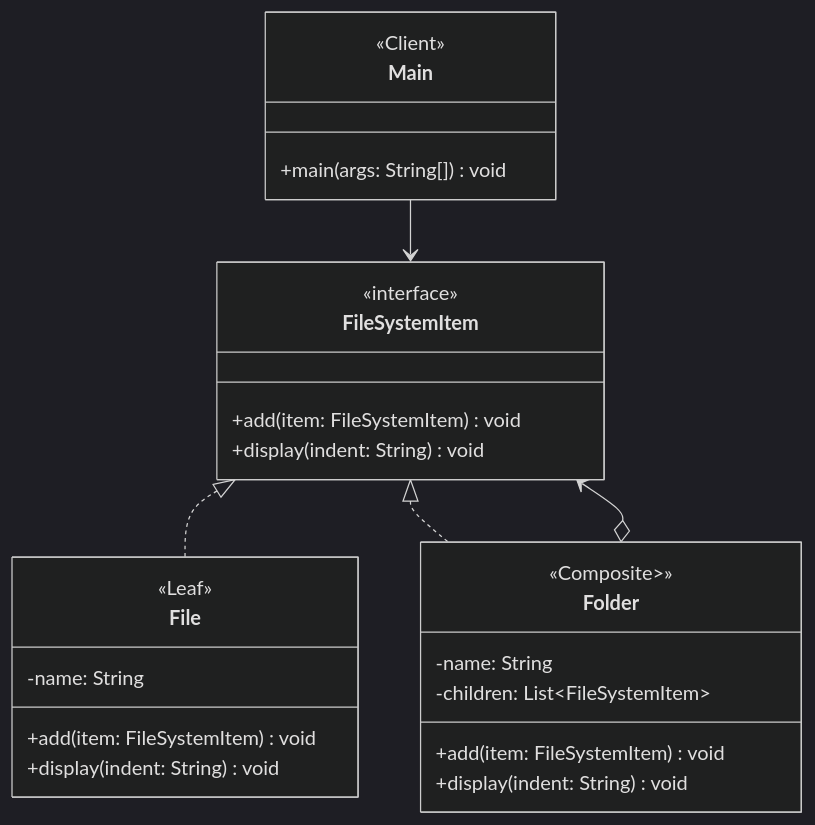
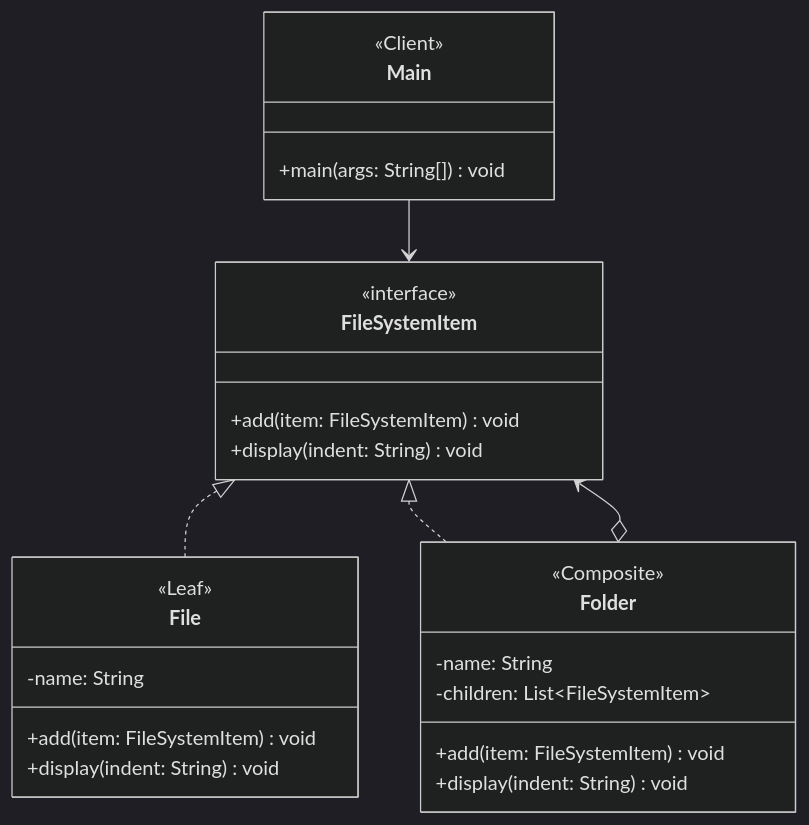
Before and after one commit to JuanCursino/Void: the second of 2 diagrams in ipp002/Composite/README.md, drawn with Mermaid (dark theme). The commit also changed other lines of this file and 57 other files, not shown here.

````diff
--- a/ipp002/Composite/README.md
+++ b/ipp002/Composite/README.md
@@ -100,33 +102,33 @@
- ```mermaid
- classDiagram
+```mermaid
+classDiagram
     class FileSystemItem {
         <<interface>>
         +add(item: FileSystemItem) void
         +display(indent: String) void
     }
 
     class File {
         <<Leaf>>
         -name: String
         +add(item: FileSystemItem) void
         +display(indent: String) void
     }
 
     class Folder {
-        <<Composite>>>
+        <<Composite>>
         -name: String
         -children: List~FileSystemItem~
         +add(item: FileSystemItem) void
         +display(indent: String) void
     }
 
     class Main {
         <<Client>>
         +main(args: String[]) void
     }
 
     Main --> FileSystemItem
     FileSystemItem <|.. File
     FileSystemItem <|.. Folder
     FileSystemItem <--o Folder
- ```
+```
````
